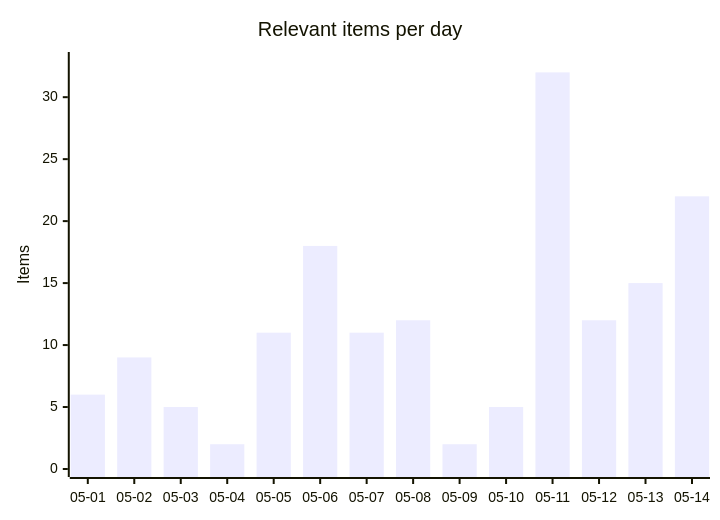
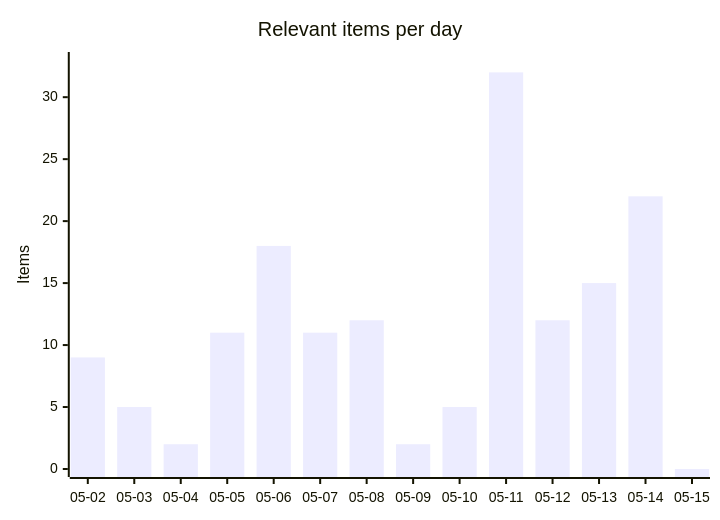
One commit to martinbalfanz/social-scanner-reports changed the first of 4 diagrams in README.md. Above: the diagram before and after it, drawn with Mermaid. The commit also changed other lines of this file and 2 other files, not shown here.

````diff
--- a/README.md
+++ b/README.md
@@ -30,7 +30,7 @@
 ```mermaid
 xychart-beta
     title "Relevant items per day"
-    x-axis ["05-01", "05-02", "05-03", "05-04", "05-05", "05-06", "05-07", "05-08", "05-09", "05-10", "05-11", "05-12", "05-13", "05-14"]
+    x-axis ["05-02", "05-03", "05-04", "05-05", "05-06", "05-07", "05-08", "05-09", "05-10", "05-11", "05-12", "05-13", "05-14", "05-15"]
     y-axis "Items" 0 --> 33
-    bar [6, 9, 5, 2, 11, 18, 11, 12, 2, 5, 32, 12, 15, 22]
+    bar [9, 5, 2, 11, 18, 11, 12, 2, 5, 32, 12, 15, 22, 0]
 ```
````
